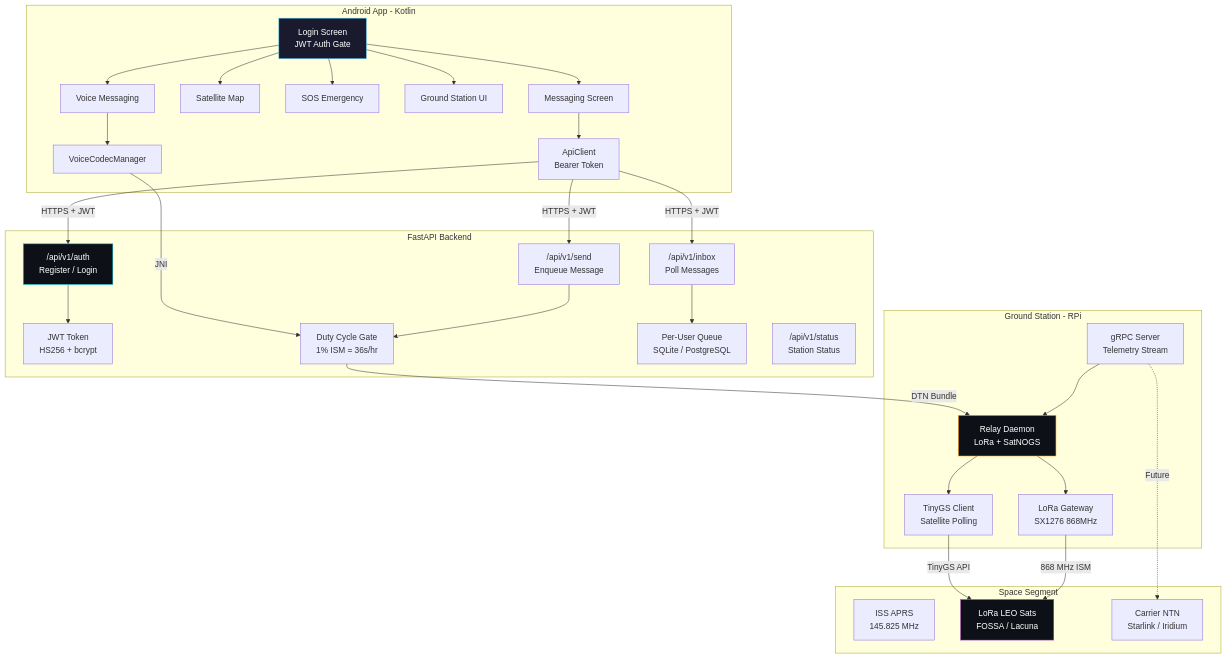
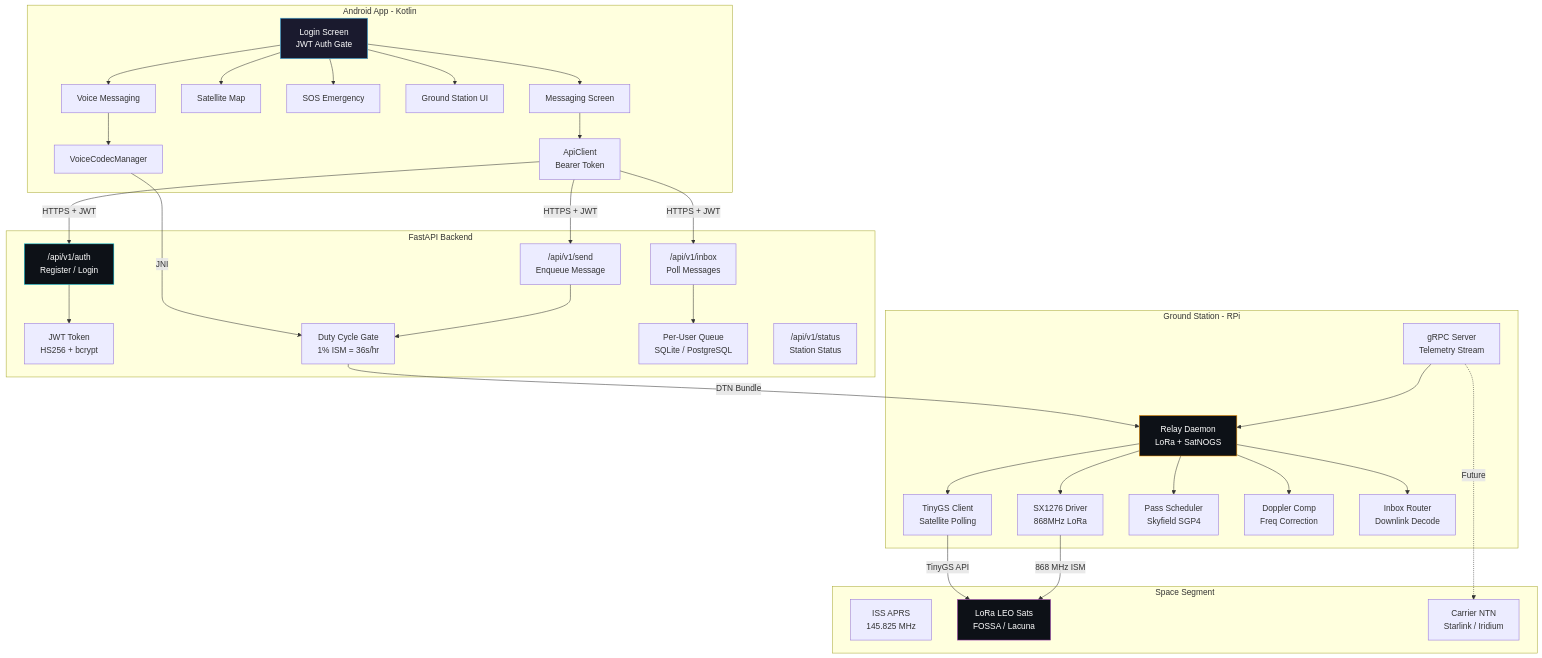
One commit to Ashutosh0x/OpenOrbitLink changed the first of 5 diagrams in readme.md. Above: the diagram before and after it, drawn with Mermaid. The commit also changed other lines of this file, not shown here.

Commit message:
docs: update README for 100% implementation - 99 tests, pass scheduler, Doppler, DTN routing, LoRa driver

````diff
--- a/readme.md
+++ b/readme.md
@@ -80,45 +81,48 @@
 ```mermaid
 graph TB
     subgraph "Android App - Kotlin"
         A[Login Screen<br/>JWT Auth Gate] --> B[Messaging Screen]
         A --> C[Satellite Map]
         A --> D[SOS Emergency]
         A --> E[Ground Station UI]
         A --> V[Voice Messaging]
         B --> F[ApiClient<br/>Bearer Token]
         V --> VC[VoiceCodecManager]
     end
 
     subgraph "FastAPI Backend"
         G["/api/v1/auth<br/>Register / Login"] --> H["JWT Token<br/>HS256 + bcrypt"]
         I["/api/v1/send<br/>Enqueue Message"] --> J["Duty Cycle Gate<br/>1% ISM = 36s/hr"]
         K["/api/v1/inbox<br/>Poll Messages"] --> L["Per-User Queue<br/>SQLite / PostgreSQL"]
         M["/api/v1/status<br/>Station Status"]
     end
 
     subgraph "Ground Station - RPi"
         N[gRPC Server<br/>Telemetry Stream] --> O[Relay Daemon<br/>LoRa + SatNOGS]
-        O --> P[LoRa Gateway<br/>SX1276 868MHz]
+        O --> P[SX1276 Driver<br/>868MHz LoRa]
         O --> Q[TinyGS Client<br/>Satellite Polling]
+        O --> PS[Pass Scheduler<br/>Skyfield SGP4]
+        O --> DC[Doppler Comp<br/>Freq Correction]
+        O --> IR[Inbox Router<br/>Downlink Decode]
     end
 
     subgraph "Space Segment"
         R[ISS APRS<br/>145.825 MHz]
         S[LoRa LEO Sats<br/>FOSSA / Lacuna]
         T[Carrier NTN<br/>Starlink / Iridium]
     end
 
     F -->|HTTPS + JWT| G
     F -->|HTTPS + JWT| I
     F -->|HTTPS + JWT| K
     VC -->|JNI| J
     J -->|DTN Bundle| O
     P -->|868 MHz ISM| S
     Q -->|TinyGS API| S
     N -.->|Future| T
 
     style A fill:#1a1a2e,stroke:#4fc3f7,color:#fff
     style G fill:#0d1117,stroke:#00bcd4,color:#fff
     style O fill:#0d1117,stroke:#ff9800,color:#fff
     style S fill:#0d1117,stroke:#ab47bc,color:#fff
 ```
````
